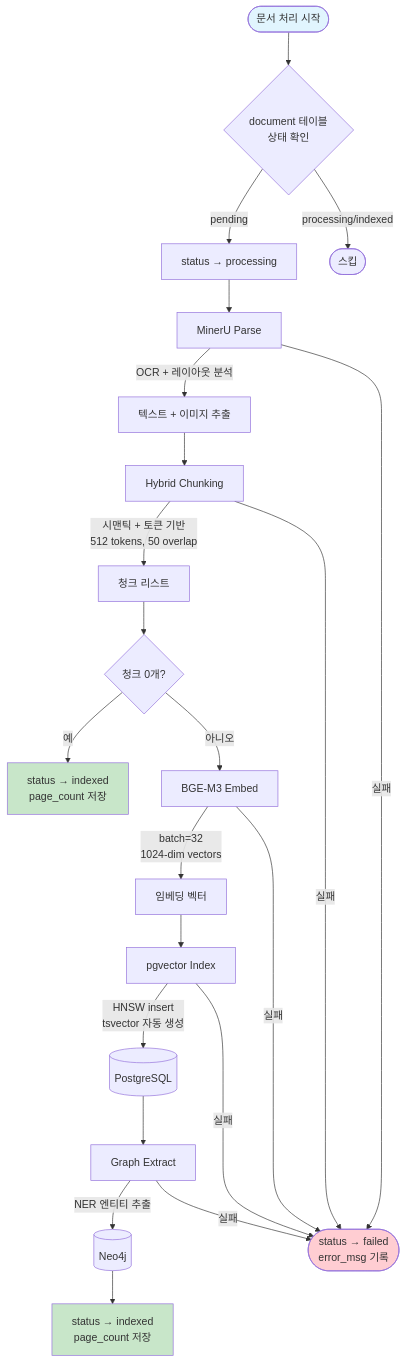
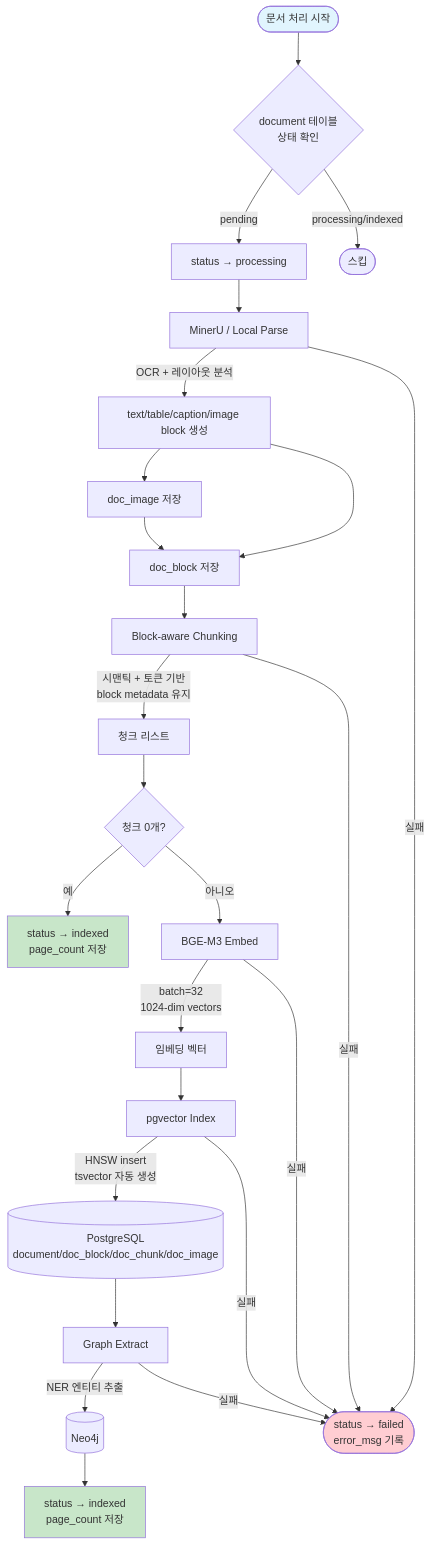
The second of 5 diagrams in docs/flowcharts.md (Saeeeae/llm-pdf-qa), drawn with Mermaid before and after one commit. The commit also changed other lines of this file and 25 other files, not shown here.

````diff
--- a/docs/flowcharts.md
+++ b/docs/flowcharts.md
@@ -100,39 +106,42 @@
 ```mermaid
 flowchart TD
     START([문서 처리 시작]) --> CHECK{document 테이블<br/>상태 확인}
     CHECK -->|pending| PROC[status → processing]
     CHECK -->|processing/indexed| SKIP([스킵])
 
-    PROC --> PARSE[MinerU Parse]
-    PARSE -->|OCR + 레이아웃 분석| TEXT[텍스트 + 이미지 추출]
+    PROC --> PARSE[MinerU / Local Parse]
+    PARSE -->|OCR + 레이아웃 분석| BLOCKS[text/table/caption/image block 생성]
     PARSE -->|실패| FAIL
 
-    TEXT --> CHUNK[Hybrid Chunking]
-    CHUNK -->|시맨틱 + 토큰 기반<br/>512 tokens, 50 overlap| CHUNKS[청크 리스트]
+    BLOCKS --> IMG[doc_image 저장]
+    BLOCKS --> BINDEX[doc_block 저장]
+    IMG --> BINDEX
+    BINDEX --> CHUNK[Block-aware Chunking]
+    CHUNK -->|시맨틱 + 토큰 기반<br/>block metadata 유지| CHUNKS[청크 리스트]
     CHUNK -->|실패| FAIL
 
     CHUNKS --> EMPTY{청크 0개?}
     EMPTY -->|예| DONE_EMPTY[status → indexed<br/>page_count 저장]
     EMPTY -->|아니오| EMBED
 
     EMBED[BGE-M3 Embed]
     EMBED -->|batch=32<br/>1024-dim vectors| VECS[임베딩 벡터]
     EMBED -->|실패| FAIL
 
     VECS --> INDEX[pgvector Index]
-    INDEX -->|HNSW insert<br/>tsvector 자동 생성| PG[(PostgreSQL)]
+    INDEX -->|HNSW insert<br/>tsvector 자동 생성| PG[(PostgreSQL<br/>document/doc_block/doc_chunk/doc_image)]
     INDEX -->|실패| FAIL
 
     PG --> GRAPH[Graph Extract]
     GRAPH -->|NER 엔티티 추출| NEO[(Neo4j)]
     GRAPH -->|실패| FAIL
 
     NEO --> DONE[status → indexed<br/>page_count 저장]
 
     FAIL([status → failed<br/>error_msg 기록])
 
     style START fill:#e1f5fe
     style DONE fill:#c8e6c9
     style DONE_EMPTY fill:#c8e6c9
     style FAIL fill:#ffcdd2
 ```
````
